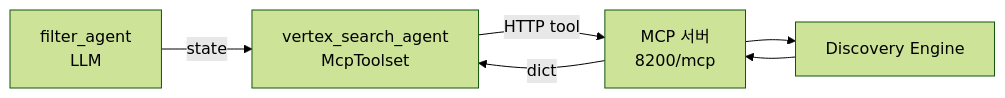
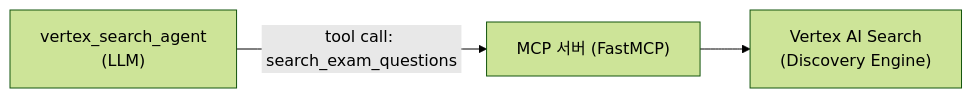
Before and after one commit to JangJiWon0108/smart-learning-platform-backend: the second of 4 diagrams in docs/README.md, drawn with Mermaid (forest theme). The commit also changed other lines of this file and 19 other files, not shown here.

````diff
--- a/docs/README.md
+++ b/docs/README.md
@@ -247,13 +222,5 @@
 ```mermaid
 flowchart LR
-    F["filter_agent<br/>LLM"]
-    V["vertex_search_agent<br/>McpToolset"]
-    M["MCP 서버<br/>8200/mcp"]
-    D["Discovery Engine"]
-
-    F -->|state| V
-    V -->|HTTP tool| M
-    M --> D
-    D --> M
-    M -->|dict| V
+    L["vertex_search_agent<br/>(LLM)"] -->|tool call: search_exam_questions| M["MCP 서버 (FastMCP)"]
+    M --> D["Vertex AI Search<br/>(Discovery Engine)"]
 ```
````
